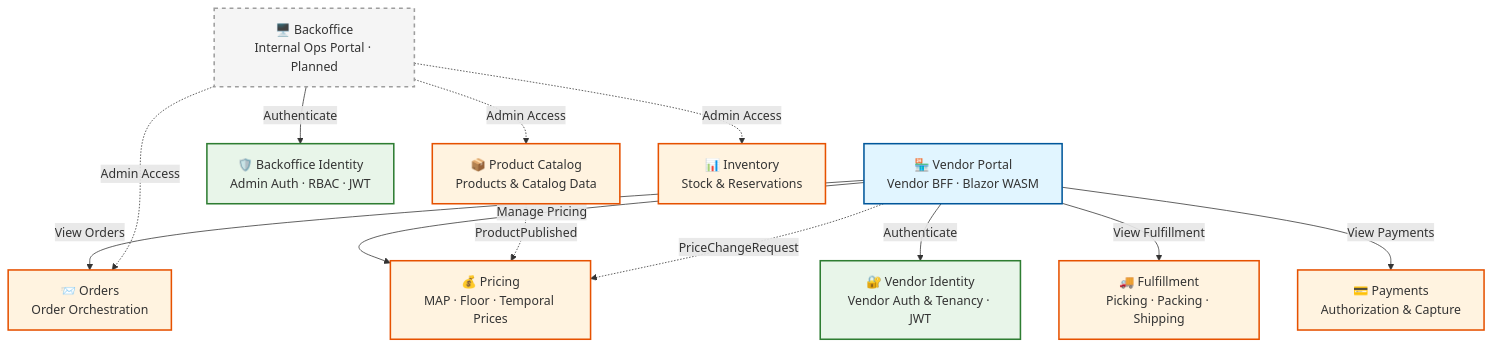
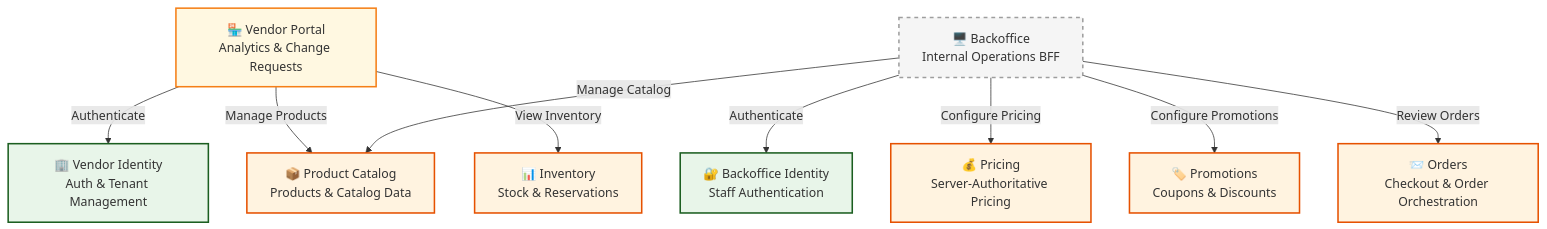
The second of 2 diagrams in README.md (erikshafer/CritterSupply), drawn with Mermaid before and after one commit. The commit also changed other lines of this file, not shown here.

````diff
--- a/README.md
+++ b/README.md
@@ -167,34 +176,41 @@
 ```mermaid
 graph TB
-    VP[🏪 Vendor Portal<br/>Vendor BFF · Blazor WASM]
-    VendorID[🔐 Vendor Identity<br/>Vendor Auth & Tenancy · JWT]
-    BO[🖥️ Backoffice<br/>Internal Ops Portal · Planned]
-    BackofficeID[🛡️ Backoffice Identity<br/>Admin Auth · RBAC · JWT]
-    Orders[📨 Orders<br/>Order Orchestration]
-    Payments[💳 Payments<br/>Authorization & Capture]
-    Fulfillment[🚚 Fulfillment<br/>Picking · Packing · Shipping]
-    Catalog[📦 Product Catalog<br/>Products & Catalog Data]
-    Pricing[💰 Pricing<br/>MAP · Floor · Temporal Prices]
-    Inventory[📊 Inventory<br/>Stock & Reservations]
+    %% Vendor-Facing Layer
+    VP["🏪 Vendor Portal<br/>Analytics & Change Requests"]
 
+    %% Operations Layer (Planned)
+    BO["🖥️ Backoffice<br/>Internal Operations BFF"]
+
+    %% Identity Contexts
+    VendorID["🏢 Vendor Identity<br/>Auth & Tenant Management"]
+    BackofficeID["🔐 Backoffice Identity<br/>Staff Authentication"]
+
+    %% Shared Business Contexts
+    Catalog["📦 Product Catalog<br/>Products & Catalog Data"]
+    Inventory["📊 Inventory<br/>Stock & Reservations"]
+    Orders["📨 Orders<br/>Checkout & Order Orchestration"]
+    Pricing["💰 Pricing<br/>Server-Authoritative Pricing"]
+    Promotions["🏷️ Promotions<br/>Coupons & Discounts"]
+
+    %% Vendor Portal interactions
     VP -->|Authenticate| VendorID
-    VP -->|View Orders| Orders
-    VP -->|View Fulfillment| Fulfillment
-    VP -->|View Payments| Payments
-    VP -->|Manage Pricing| Pricing
-    Catalog -.->|ProductPublished| Pricing
-    VP -.->|PriceChangeRequest| Pricing
+    VP -->|Manage Products| Catalog
+    VP -->|View Inventory| Inventory
+
+    %% Backoffice interactions
     BO -->|Authenticate| BackofficeID
-    BO -.->|Admin Access| Orders
-    BO -.->|Admin Access| Inventory
-    BO -.->|Admin Access| Catalog
+    BO -->|Manage Catalog| Catalog
+    BO -->|Configure Pricing| Pricing
+    BO -->|Configure Promotions| Promotions
+    BO -->|Review Orders| Orders
 
-    classDef bff fill:#e1f5ff,stroke:#01579b,stroke-width:2px
-    classDef identity fill:#e8f5e9,stroke:#2e7d32,stroke-width:2px
+    classDef vendor fill:#fff8e1,stroke:#f57f17,stroke-width:2px
+    classDef identity fill:#e8f5e9,stroke:#1b5e20,stroke-width:2px
     classDef core fill:#fff3e0,stroke:#e65100,stroke-width:2px
-    classDef planned fill:#f5f5f5,stroke:#9e9e9e,stroke-width:2px,stroke-dasharray:5 5
-    class VP bff
+    classDef planned fill:#f5f5f5,stroke:#9e9e9e,stroke-width:2px,stroke-dasharray: 5 5
+
+    class VP vendor
     class VendorID,BackofficeID identity
-    class Orders,Payments,Fulfillment,Catalog,Pricing,Inventory core
+    class Catalog,Inventory,Orders,Pricing,Promotions core
     class BO planned
 ```
````
